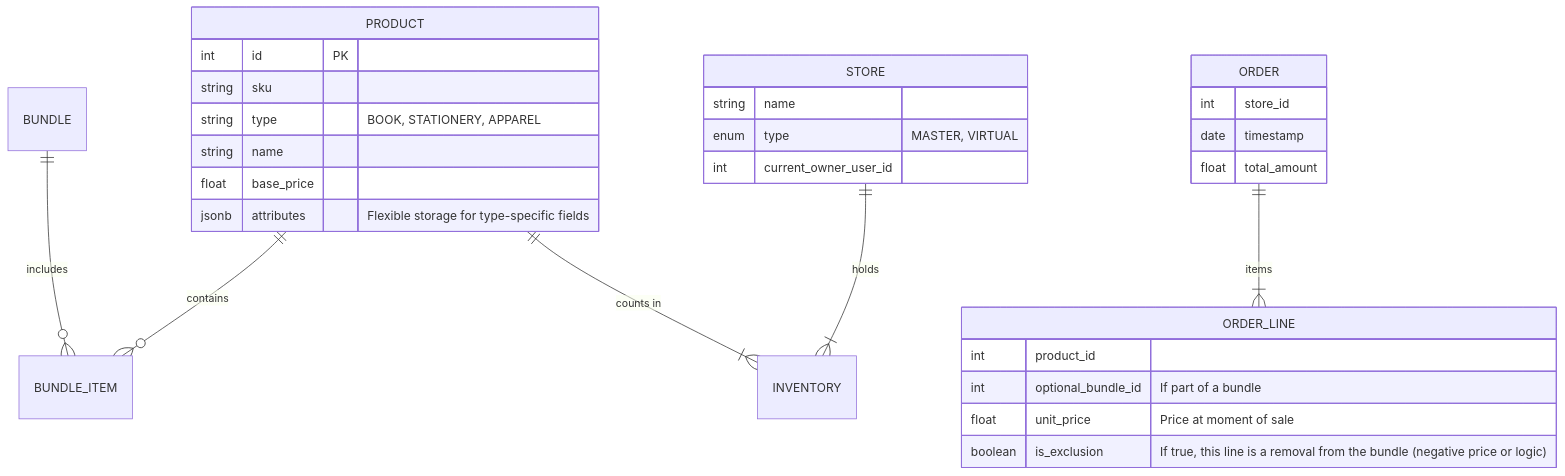
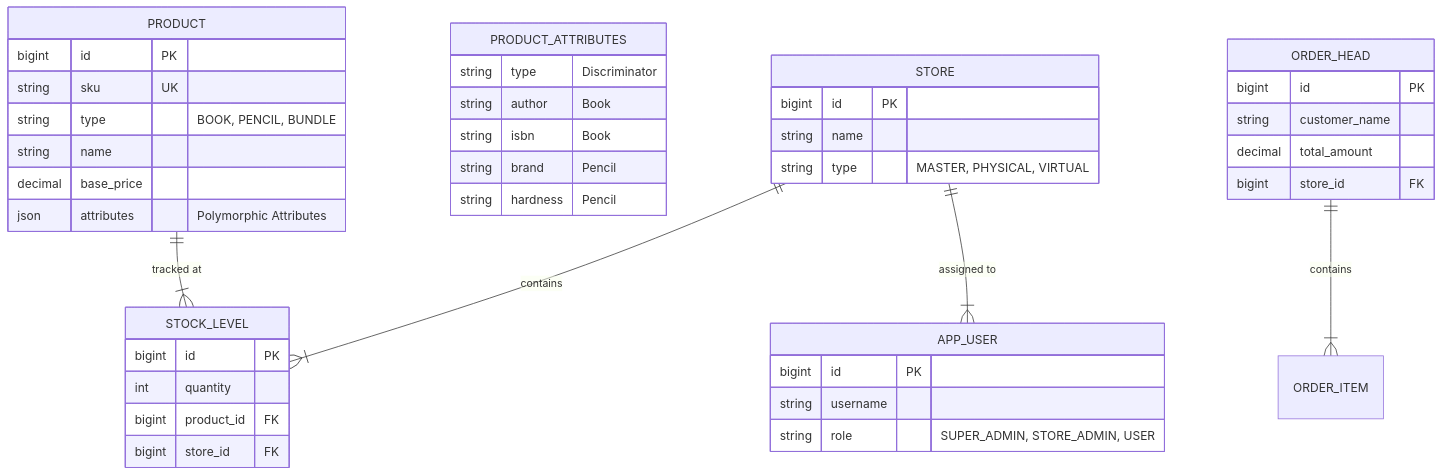
The second of 2 diagrams in spec/SystemArchitecture.md (ahzamali/storefront), drawn with Mermaid before and after one commit. The commit also changed other lines of this file, not shown here.

Commit message:
update system Architecture

````diff
--- a/spec/SystemArchitecture.md
+++ b/spec/SystemArchitecture.md
@@ -104,38 +100,50 @@
 ```mermaid
 erDiagram
-    %% Product System - Supports Polymorphism via JSONB or Table Inheritance
     PRODUCT {
-        int id PK
-        string sku
-        string type "BOOK, STATIONERY, APPAREL"
+        bigint id PK
+        string sku UK
+        string type "BOOK, PENCIL, BUNDLE"
         string name
-        float base_price
-        jsonb attributes "Flexible storage for type-specific fields"
-        %% Example Book Attributes: { "isbn": "...", "author": "...", "publisher": "...", "genre": "..." }
-        %% Example Apparel Attributes: { "size": "M", "color": "Red", "material": "Cotton" }
-    }
-    PRODUCT ||--o{ BUNDLE_ITEM : contains
-    BUNDLE ||--o{ BUNDLE_ITEM : includes
-    
-    STORE ||--|{ INVENTORY : holds
-    PRODUCT ||--|{ INVENTORY : "counts in"
-    
-    STORE {
-        string name
-        enum type "MASTER, VIRTUAL"
-        int current_owner_user_id
+        decimal base_price
+        json attributes "Polymorphic Attributes"
     }
     
-    ORDER ||--|{ ORDER_LINE : items
-    ORDER {
-        int store_id
-        date timestamp
-        float total_amount
+    PRODUCT_ATTRIBUTES {
+        string type "Discriminator"
+        string author "Book"
+        string isbn "Book"
+        string brand "Pencil"
+        string hardness "Pencil"
     }
-    ORDER_LINE {
-        int product_id
-        int optional_bundle_id "If part of a bundle"
-        float unit_price "Price at moment of sale"
-        boolean is_exclusion "If true, this line is a removal from the bundle (negative price or logic)"
+
+    STORE {
+        bigint id PK
+        string name
+        string type "MASTER, PHYSICAL, VIRTUAL"
     }
+
+    APP_USER {
+        bigint id PK
+        string username
+        string role "SUPER_ADMIN, STORE_ADMIN, USER"
+    }
+    
+    STOCK_LEVEL {
+        bigint id PK
+        int quantity
+        bigint product_id FK
+        bigint store_id FK
+    }
+
+    ORDER_HEAD {
+        bigint id PK
+        string customer_name
+        decimal total_amount
+        bigint store_id FK
+    }
+    
+    PRODUCT ||--|{ STOCK_LEVEL : "tracked at"
+    STORE ||--|{ STOCK_LEVEL : "contains"
+    STORE ||--|{ APP_USER : "assigned to"
+    ORDER_HEAD ||--|{ ORDER_ITEM : "contains"
 ```
````
